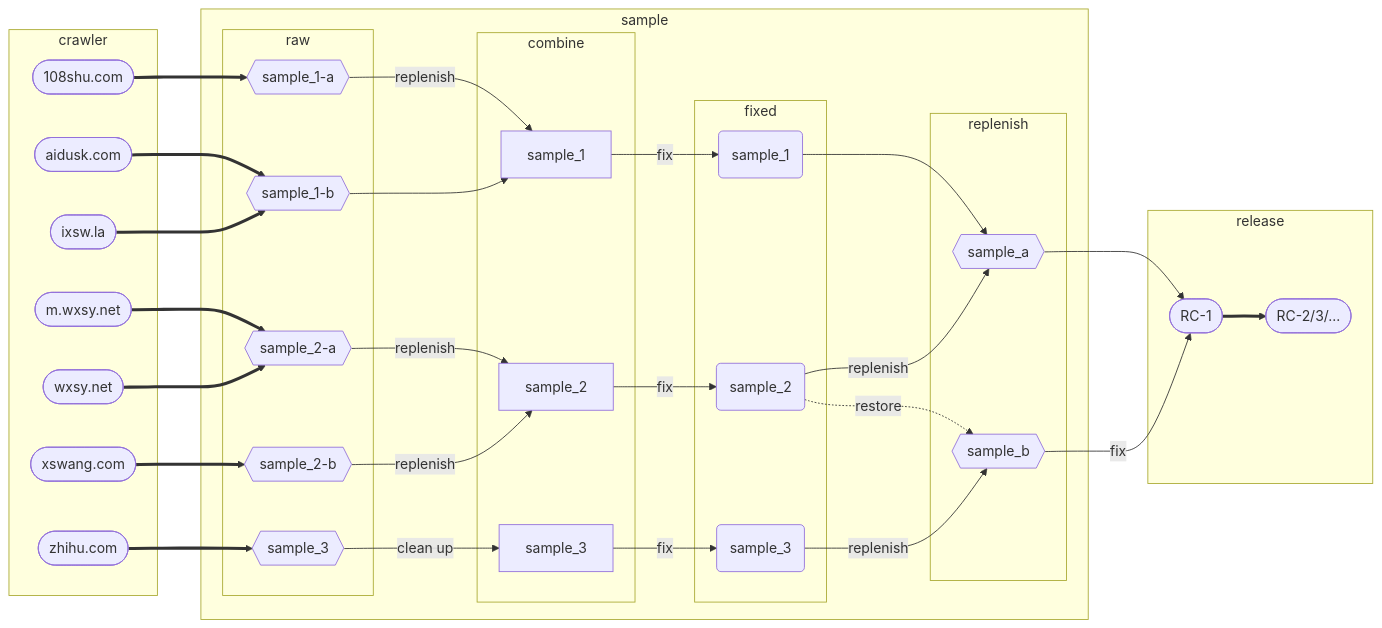
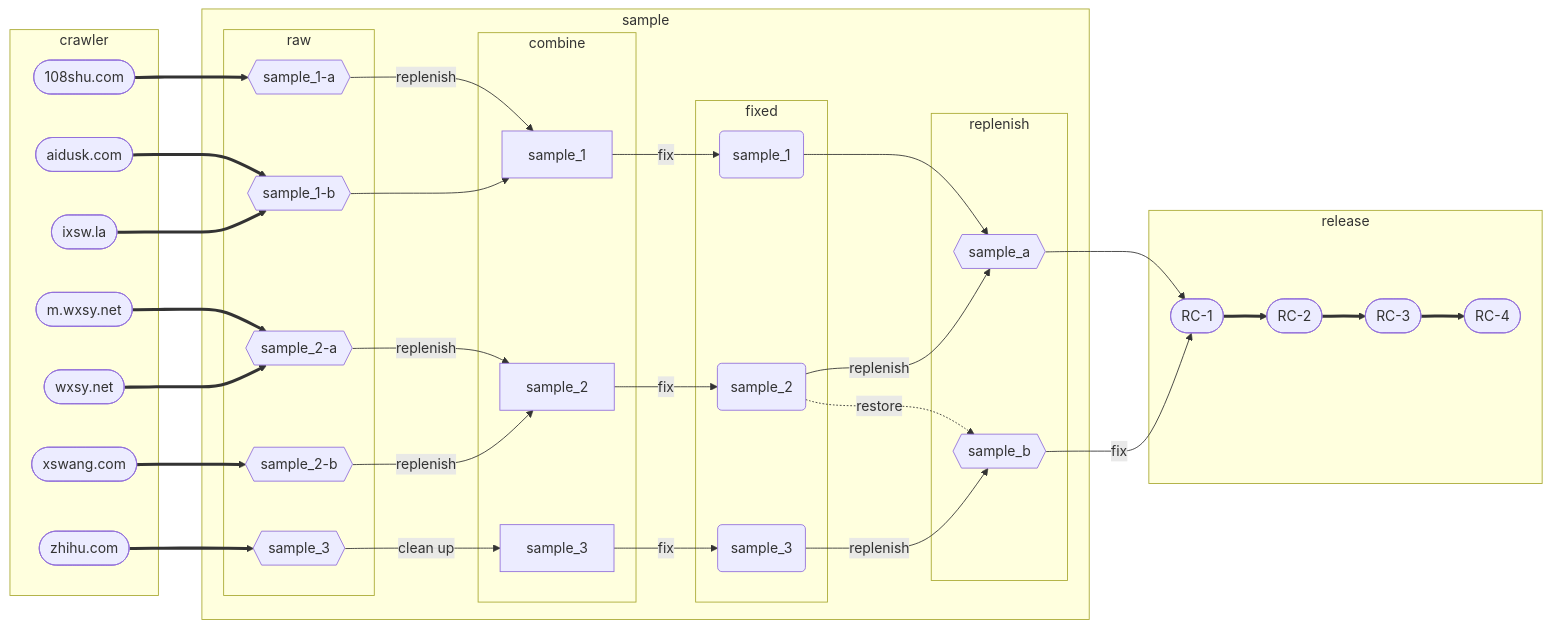
Before and after one commit to dnomd343/xxrs-crawler: the diagram in README.md, drawn with Mermaid. The commit also changed other lines of this file, not shown here.

````diff
--- a/README.md
+++ b/README.md
@@ -3,72 +11,76 @@
 ```mermaid
   graph LR
 
   subgraph crawler
     source_1([108shu.com])
     source_2([aidusk.com])
     source_3([ixsw.la])
     source_4([m.wxsy.net])
     source_5([wxsy.net])
     source_6([xswang.com])
     source_7([zhihu.com])
   end
 
   subgraph sample
     subgraph raw
       s1a_raw{{sample_1-a}}
       s1b_raw{{sample_1-b}}
       s2a_raw{{sample_2-a}}
       s2b_raw{{sample_2-b}}
       s3_raw{{sample_3}}
     end
 
     subgraph combine
       s1_combine[sample_1]
       s2_combine[sample_2]
       s3_combine[sample_3]
     end
 
     subgraph fixed
       s1_fixed(sample_1)
       s2_fixed(sample_2)
       s3_fixed(sample_3)
     end
 
     subgraph replenish
       sa{{sample_a}}
       sb{{sample_b}}
     end
 
     source_1 ==> s1a_raw
     source_2 ==> s1b_raw
     source_3 ==> s1b_raw
     source_4 ==> s2a_raw
     source_5 ==> s2a_raw
     source_6 ==> s2b_raw
     source_7 ==> s3_raw
 
     s1a_raw -- replenish --> s1_combine
     s1b_raw --> s1_combine
     s2a_raw -- replenish --> s2_combine
     s2b_raw -- replenish --> s2_combine
     s3_raw -- clean up --> s3_combine
 
     s1_combine -- fix --> s1_fixed
     s2_combine -- fix --> s2_fixed
     s3_combine -- fix --> s3_fixed
 
     s1_fixed --> sa
     s2_fixed -- replenish --> sa
     s2_fixed -. restore .-> sb
     s3_fixed -- replenish --> sb
   end
 
   subgraph release
     rc-1([RC-1])
-    rc-n([RC-2/3/...])
+    rc-2([RC-2])
+    rc-3([RC-3])
+    rc-4([RC-4])
     sa --> rc-1
     sb -- fix --> rc-1
-    rc-1 ==> rc-n
+    rc-1 ==> rc-2
+    rc-2 ==> rc-3
+    rc-3 ==> rc-4
   end
 
 ```
````
